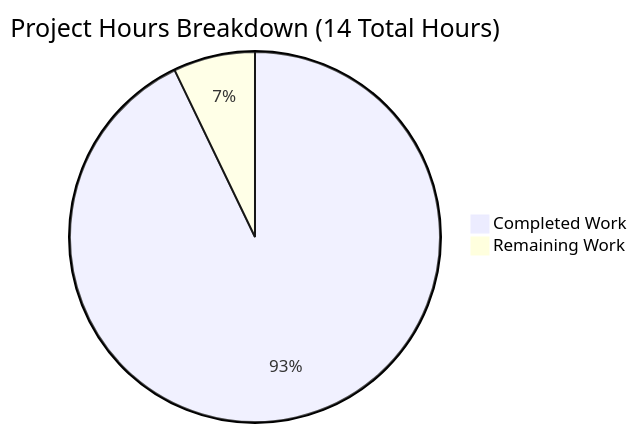
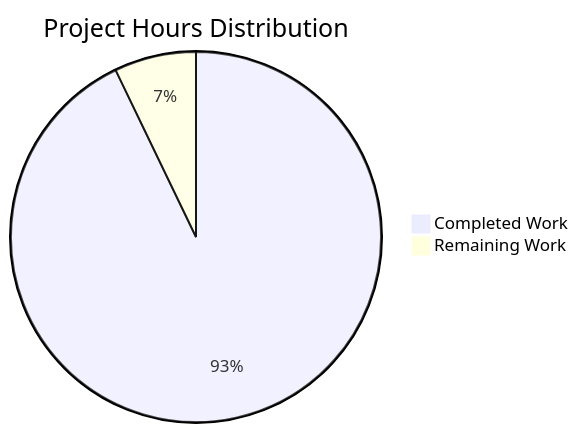
One commit to blitzytest02/NOV24_1 changed the diagram in blitzy/documentation/Project Guide.md. Above: the diagram before and after it, drawn with Mermaid. The commit also changed other lines of this file, not shown here.

Commit message:
Adding Blitzy Project Guide: Project Status and Human Tasks Remaining

````diff
--- a/blitzy/documentation/Project Guide.md
+++ b/blitzy/documentation/Project Guide.md
@@ -36,5 +52,5 @@
 ```mermaid
-pie title Project Hours Breakdown (14 Total Hours)
+pie title Project Hours Distribution
     "Completed Work" : 13
     "Remaining Work" : 1
 ```
````
